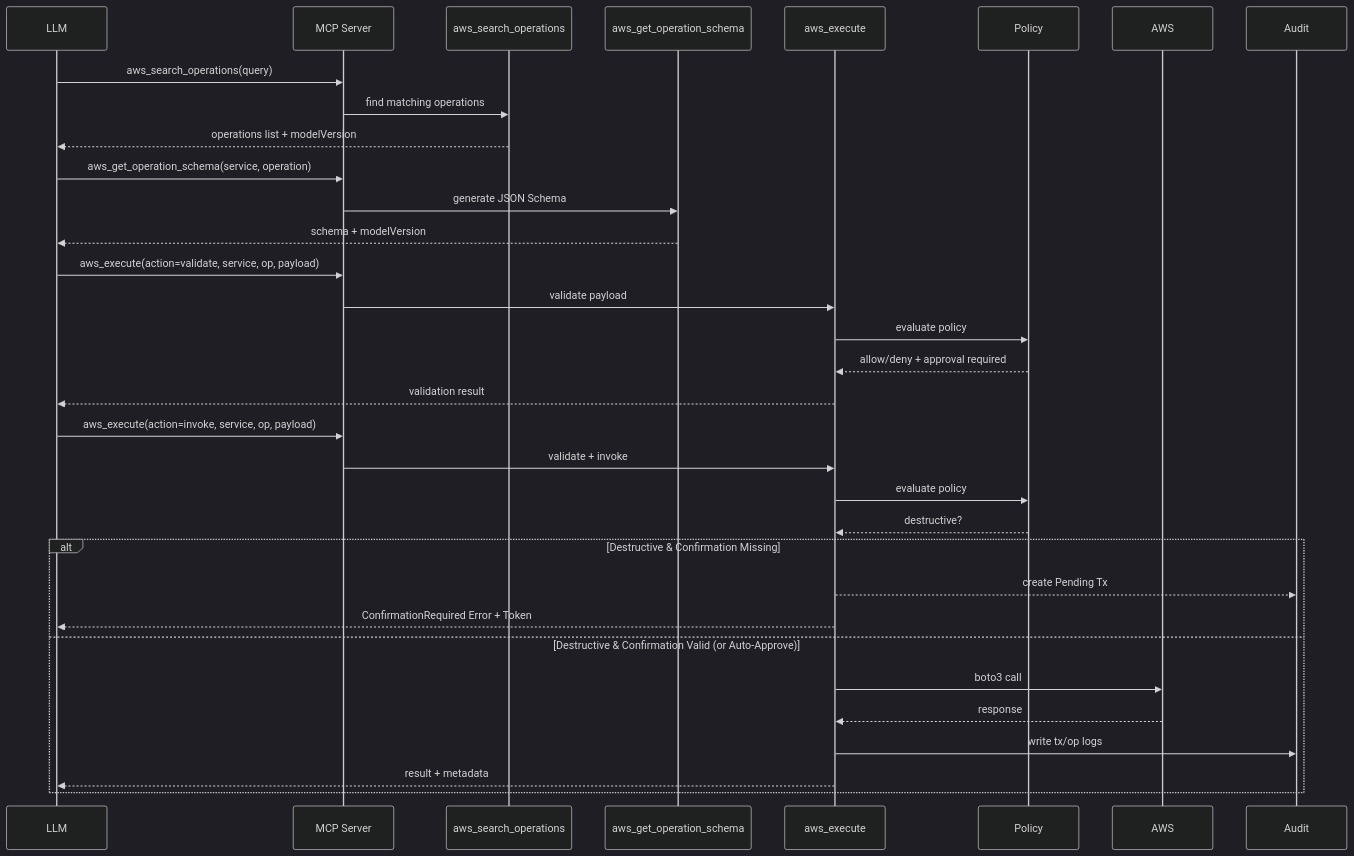
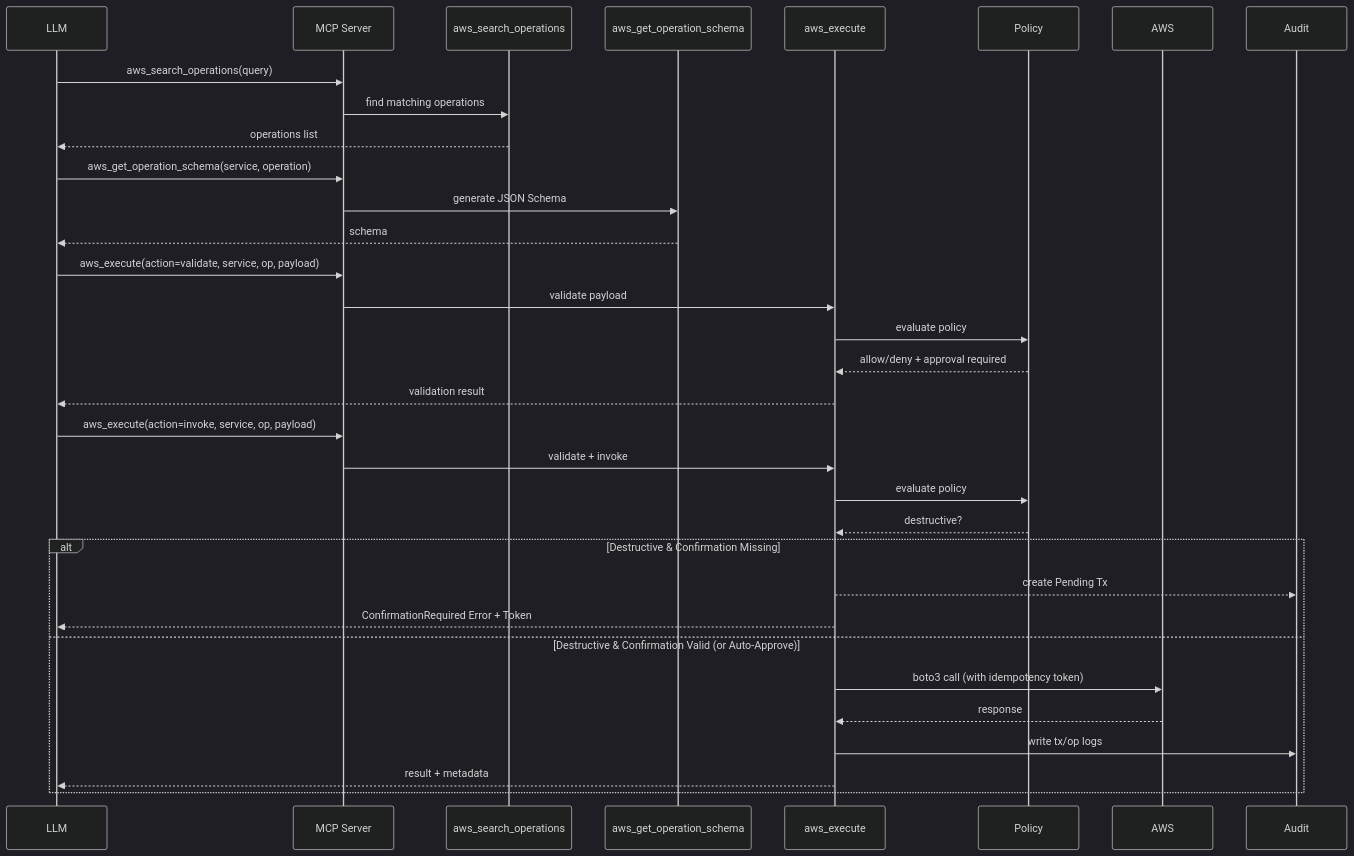
One commit to shark-bot-0118/aws-mcp-server changed the first of 4 diagrams in DESIGN.md. Above: the diagram before and after it, drawn with Mermaid (dark theme). The commit also changed other lines of this file and 62 other files, not shown here.

````diff
--- a/DESIGN.md
+++ b/DESIGN.md
@@ -85,39 +289,39 @@
 ```mermaid
 sequenceDiagram
   participant LLM
   participant MCP as MCP Server
   participant Search as aws_search_operations
   participant Schema as aws_get_operation_schema
   participant Exec as aws_execute
   participant Policy
   participant AWS
   participant Audit
 
   LLM->>MCP: aws_search_operations(query)
   MCP->>Search: find matching operations
-  Search-->>LLM: operations list + modelVersion
+  Search-->>LLM: operations list
 
   LLM->>MCP: aws_get_operation_schema(service, operation)
   MCP->>Schema: generate JSON Schema
-  Schema-->>LLM: schema + modelVersion
+  Schema-->>LLM: schema
 
   LLM->>MCP: aws_execute(action=validate, service, op, payload)
   MCP->>Exec: validate payload
   Exec->>Policy: evaluate policy
   Policy-->>Exec: allow/deny + approval required
   Exec-->>LLM: validation result
 
   LLM->>MCP: aws_execute(action=invoke, service, op, payload)
   MCP->>Exec: validate + invoke
   Exec->>Policy: evaluate policy
   Policy-->>Exec: destructive?
   alt Destructive & Confirmation Missing
     Exec-->>Audit: create Pending Tx
     Exec-->>LLM: ConfirmationRequired Error + Token
   else Destructive & Confirmation Valid (or Auto-Approve)
-    Exec->>AWS: boto3 call
+    Exec->>AWS: boto3 call (with idempotency token)
     AWS-->>Exec: response
     Exec->>Audit: write tx/op logs
     Exec-->>LLM: result + metadata
   end
 ```
````
